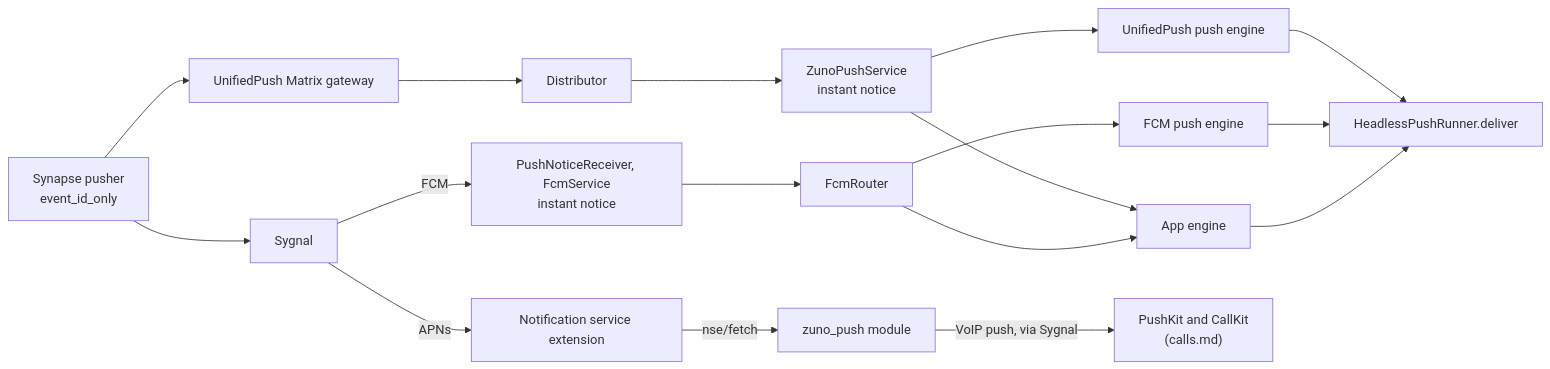
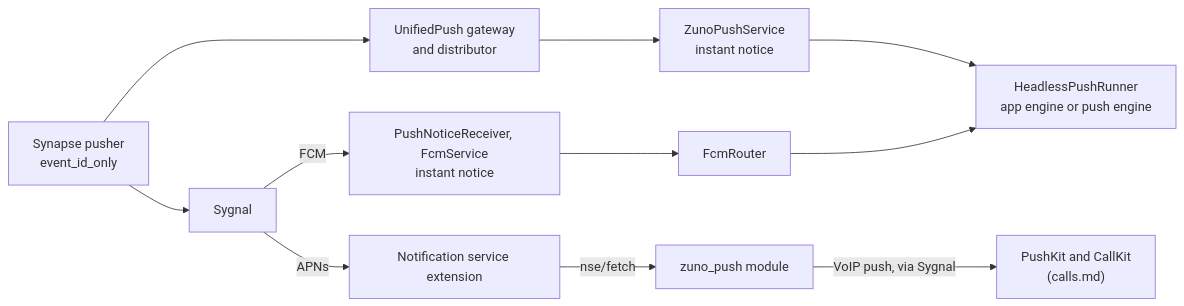
Before and after one commit to Zuno-Chat/zuno-chat: the diagram in docs/features/notifications.md, drawn with Mermaid. The commit also changed other lines of this file and 17 other files, not shown here.

````diff
--- a/docs/features/notifications.md
+++ b/docs/features/notifications.md
@@ -17,16 +17,10 @@
 ```mermaid
 flowchart LR
   pusher["Synapse pusher<br/>event_id_only"] --> sygnal["Sygnal"]
-  pusher --> upgw["UnifiedPush Matrix gateway"]
-  sygnal -- FCM --> fcm["PushNoticeReceiver, FcmService<br/>instant notice"]
-  fcm --> router["FcmRouter"]
-  router --> appEngine["App engine"]
-  router --> fcmEngine["FCM push engine"]
-  upgw --> distributor["Distributor"] --> ups["ZunoPushService<br/>instant notice"]
-  ups --> appEngine
-  ups --> upEngine["UnifiedPush push engine"]
-  appEngine & fcmEngine & upEngine --> runner["HeadlessPushRunner.deliver"]
+  pusher --> upgw["UnifiedPush gateway<br/>and distributor"] --> ups["ZunoPushService<br/>instant notice"]
+  sygnal -- FCM --> fcm["PushNoticeReceiver, FcmService<br/>instant notice"] --> router["FcmRouter"]
+  router & ups --> runner["HeadlessPushRunner<br/>app engine or push engine"]
   sygnal -- APNs --> nse["Notification service extension"]
   nse -- "nse/fetch" --> module["zuno_push module"]
   module -- "VoIP push, via Sygnal" --> pushkit["PushKit and CallKit<br/>(calls.md)"]
 ```
````
